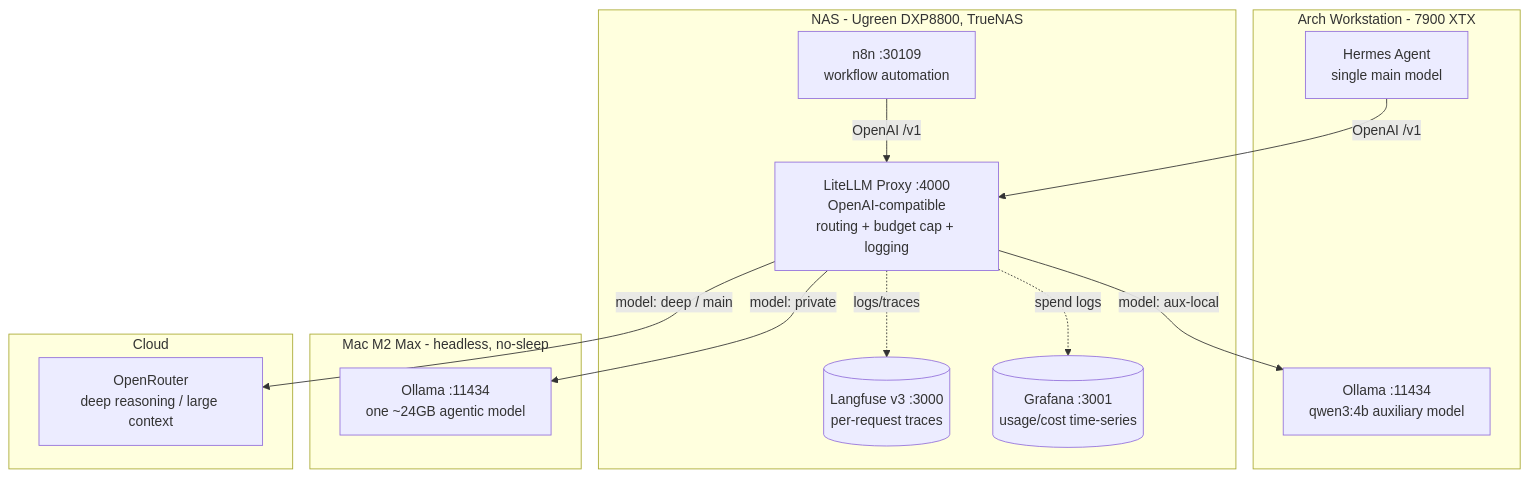
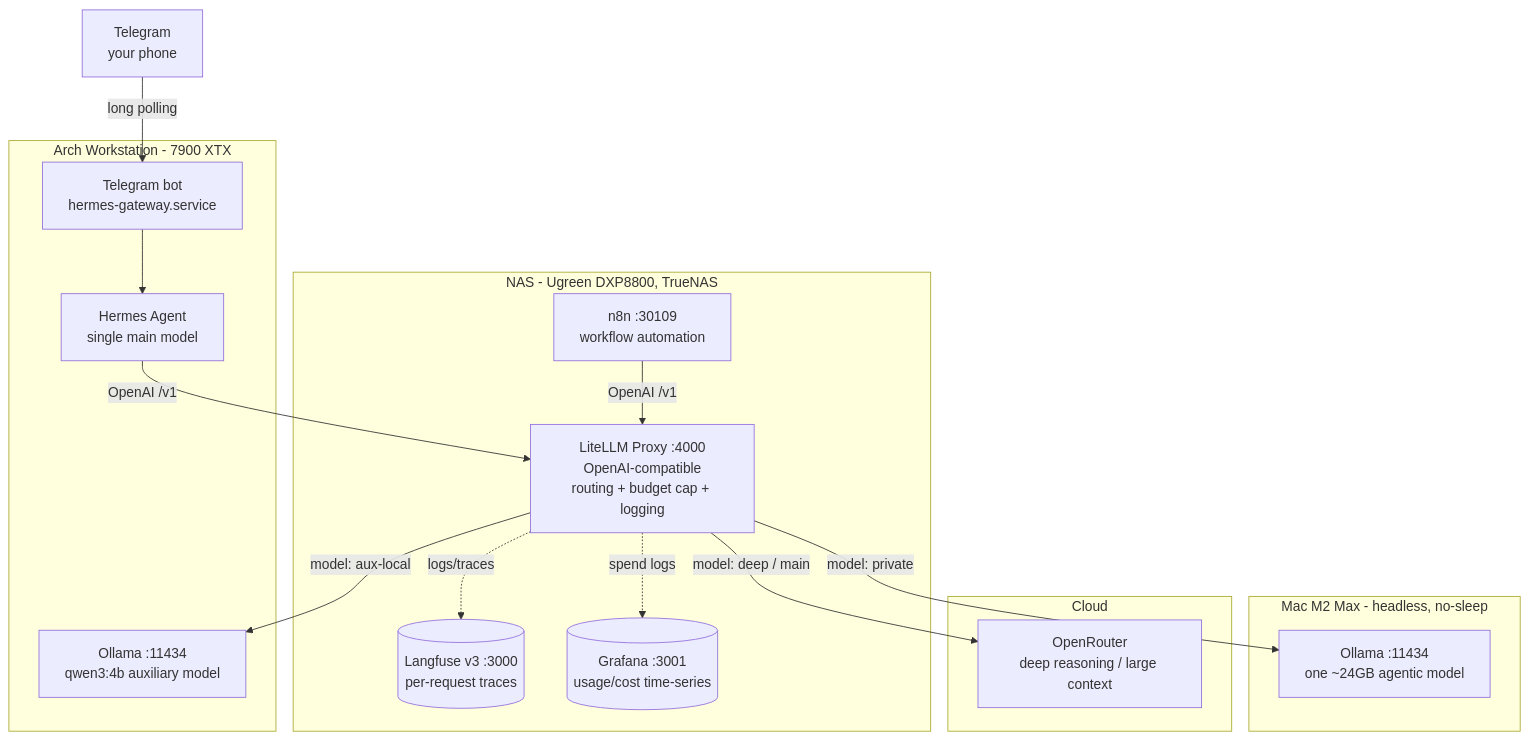
Before and after one commit to DerTechie/AISetup: the diagram in README.md, drawn with Mermaid. The commit also changed other lines of this file and 2 other files, not shown here.

Commit message:
feat(telegram): run the Hermes messaging gateway as a permanent service
The Telegram bot existed but was only ever run by hand in the foreground.
Make it a persistent systemd user service (hermes-gateway.service), linger
enabled, Telegram on long polling (LAN-only-friendly). Verified connected.
Keep the workstation always-on (sleep masked + KDE "Do nothing") since a
queued Telegram message can't wake a suspended box.

Docs: journal (why + rejected alternatives: system service, webhooks,
hosting on the Mac), runbook operate/verify section, README architecture.

````diff
--- a/README.md
+++ b/README.md
@@ -13,27 +13,30 @@
 ```mermaid
 graph TD
     subgraph Arch[Arch Workstation - 7900 XTX]
         H[Hermes Agent<br/>single main model]
         OA[Ollama :11434<br/>qwen3:4b auxiliary model]
+        TG[Telegram bot<br/>hermes-gateway.service]
     end
+    TEL[Telegram<br/>your phone] -->|long polling| TG
+    TG --> H
     subgraph NASbox[NAS - Ugreen DXP8800, TrueNAS]
         L[LiteLLM Proxy :4000<br/>OpenAI-compatible<br/>routing + budget cap + logging]
         LF[(Langfuse v3 :3000<br/>per-request traces)]
         GR[(Grafana :3001<br/>usage/cost time-series)]
         N8[n8n :30109<br/>workflow automation]
         L -. logs/traces .-> LF
         L -. spend logs .-> GR
         N8 -->|OpenAI /v1| L
     end
     subgraph Mac[Mac M2 Max - headless, no-sleep]
         O[Ollama :11434<br/>one ~24GB agentic model]
     end
     subgraph Cloud[Cloud]
         OR[OpenRouter<br/>deep reasoning / large context]
     end
 
     H -->|OpenAI /v1| L
     L -->|model: private| O
     L -->|model: aux-local| OA
     L -->|model: deep / main| OR
 ```
````
